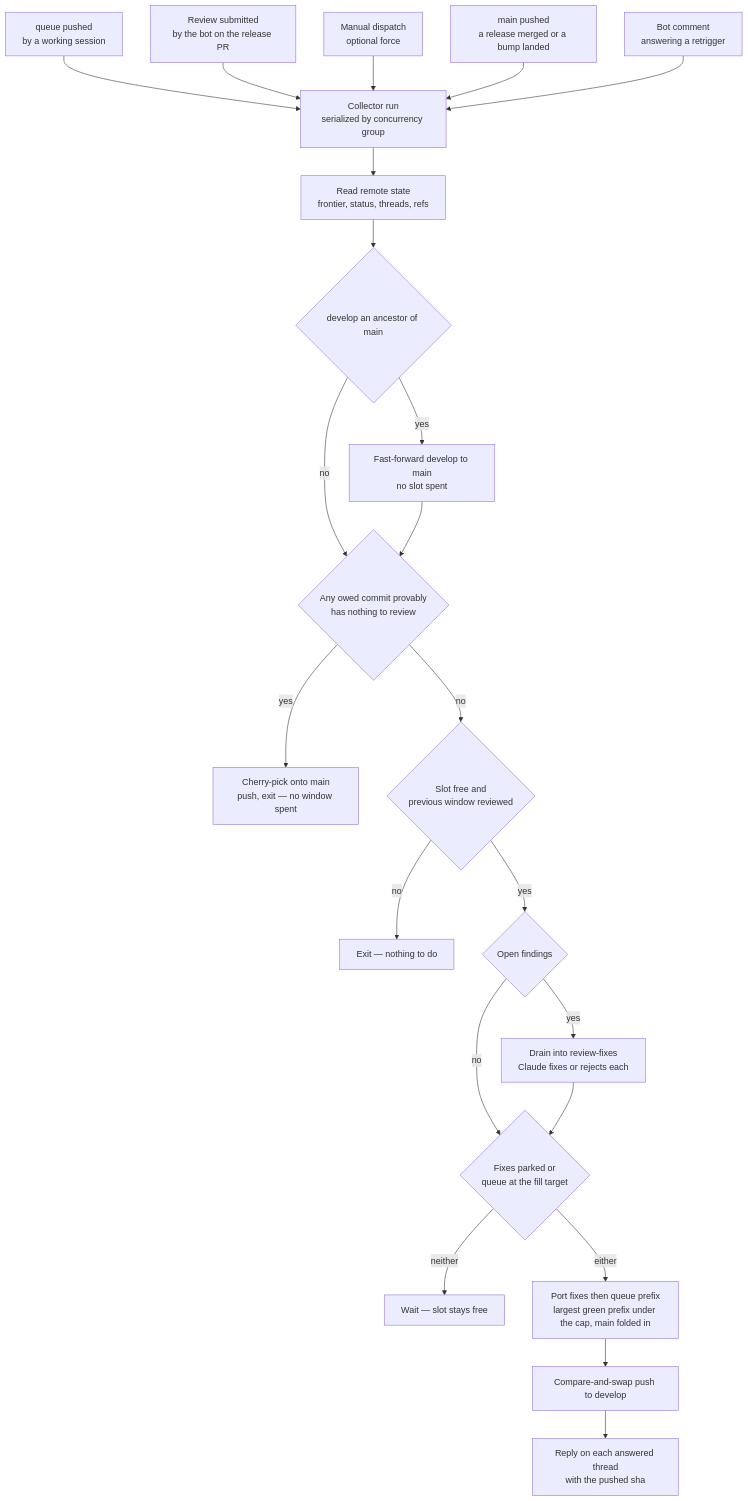
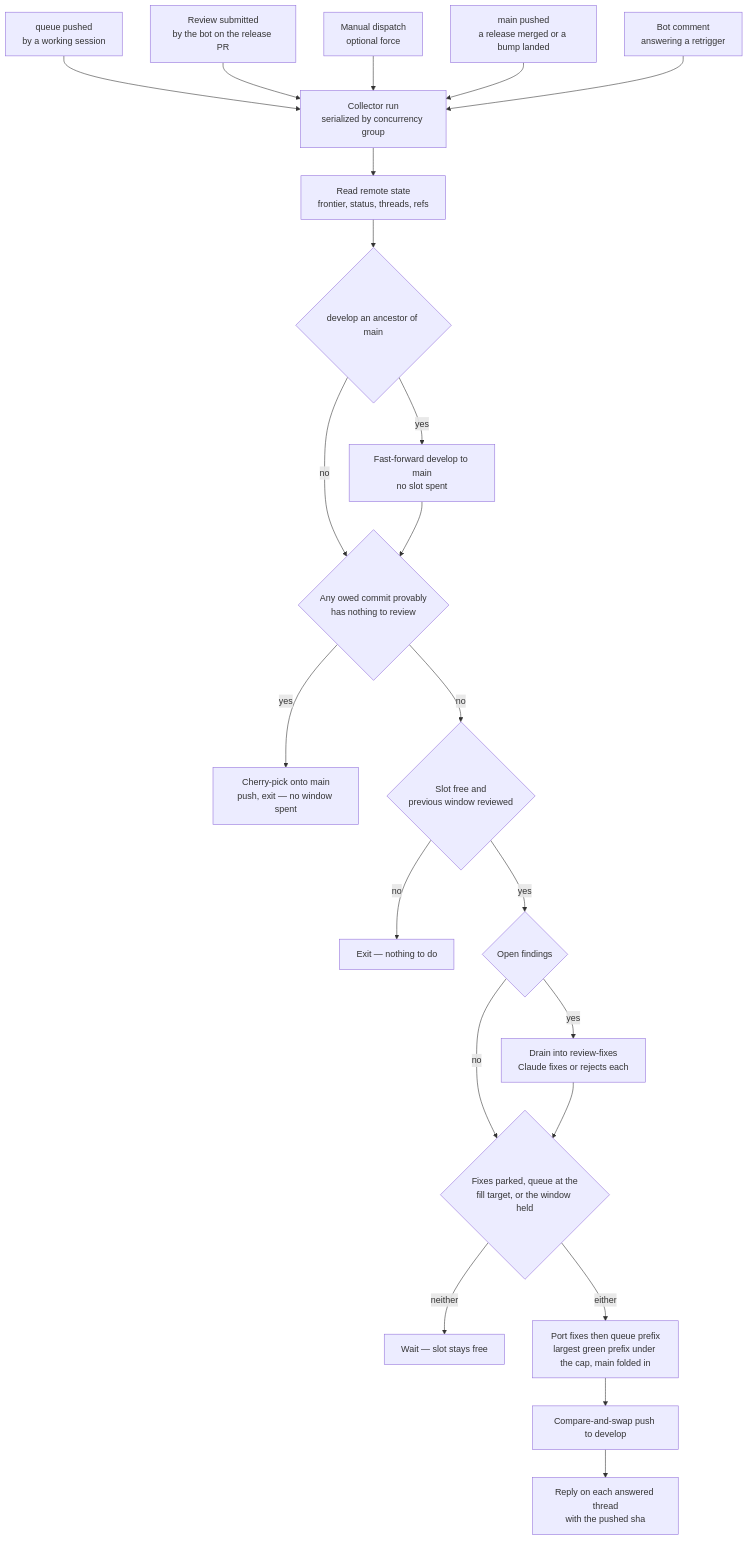
One commit to Esposter/Esposter changed the diagram in apps/web/content/docs/infra/review-collector/index.md. Above: the diagram before and after it, drawn with Mermaid. The commit also changed 6 other files, not shown here.

````diff
--- a/apps/web/content/docs/infra/review-collector/index.md
+++ b/apps/web/content/docs/infra/review-collector/index.md
@@ -27,24 +27,24 @@
 ```mermaid
 flowchart TD
   A[queue pushed<br/>by a working session] --> C
   F[Review submitted<br/>by the bot on the release PR] --> C
   D[Manual dispatch<br/>optional force] --> C
   MN[main pushed<br/>a release merged or a bump landed] --> C
   CM[Bot comment<br/>answering a retrigger] --> C
   C[Collector run<br/>serialized by concurrency group] --> R[Read remote state<br/>frontier, status, threads, refs]
   R --> RS{develop an ancestor of main}
   RS -->|yes| FF[Fast-forward develop to main<br/>no slot spent]
   RS -->|no| E
   FF --> E{Any owed commit provably<br/>has nothing to review}
   E -->|yes| EX[Cherry-pick onto main<br/>push, exit — no window spent]
   E -->|no| G{Slot free and<br/>previous window reviewed}
   G -->|no| X[Exit — nothing to do]
   G -->|yes| O{Open findings}
   O -->|yes| DR[Drain into review-fixes<br/>Claude fixes or rejects each]
   O -->|no| P
-  DR --> P{Fixes parked or<br/>queue at the fill target}
+  DR --> P{Fixes parked, queue at the<br/>fill target, or the window held}
   P -->|neither| PK[Wait — slot stays free]
   P -->|either| W[Port fixes then queue prefix<br/>largest green prefix under the cap, main folded in]
   W --> PU[Compare-and-swap push to develop]
   PU --> RP[Reply on each answered thread<br/>with the pushed sha]
 ```
````
